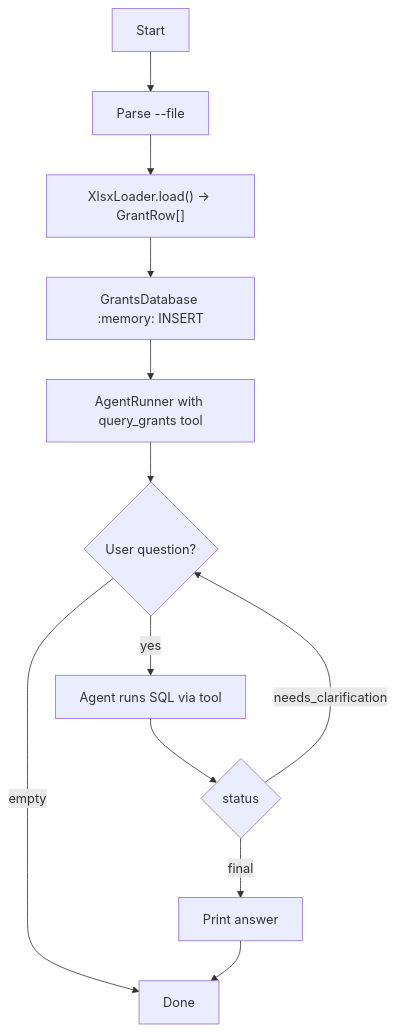
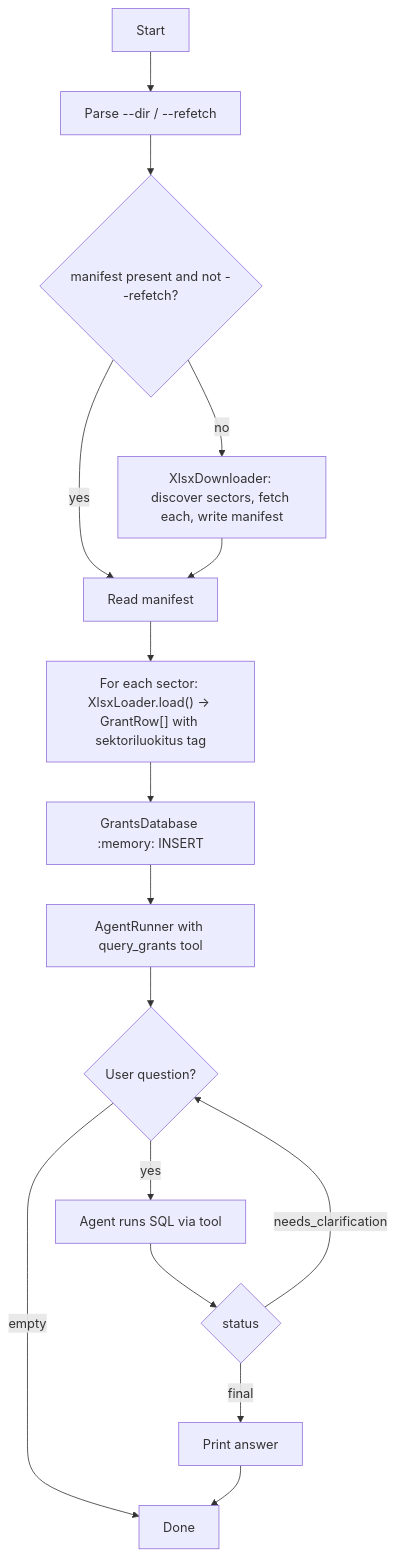
The diagram in src/cli/grants-explorer/README.md (valuecodes/cli-agent-sandbox), drawn with Mermaid before and after one commit. The commit also changed other lines of this file and 17 other files, not shown here.

Commit message:
feat: load every sektoriluokitus and emit combined grants.json

````diff
--- a/src/cli/grants-explorer/README.md
+++ b/src/cli/grants-explorer/README.md
@@ -57,14 +79,18 @@
 ```mermaid
 flowchart TD
-  A["Start"] --> B["Parse --file"]
-  B --> C["XlsxLoader.load() → GrantRow[]"]
-  C --> D["GrantsDatabase :memory: INSERT"]
-  D --> E["AgentRunner with query_grants tool"]
-  E --> F{"User question?"}
-  F -->|"yes"| G["Agent runs SQL via tool"]
-  G --> H{"status"}
-  H -->|"final"| I["Print answer"]
-  H -->|"needs_clarification"| F
-  F -->|"empty"| J["Done"]
-  I --> J
+  A["Start"] --> B["Parse --dir / --refetch"]
+  B --> C{"manifest present and not --refetch?"}
+  C -->|"no"| D["XlsxDownloader: discover sectors, fetch each, write manifest"]
+  C -->|"yes"| E["Read manifest"]
+  D --> E
+  E --> F["For each sector: XlsxLoader.load() → GrantRow[] with sektoriluokitus tag"]
+  F --> G["GrantsDatabase :memory: INSERT"]
+  G --> H["AgentRunner with query_grants tool"]
+  H --> I{"User question?"}
+  I -->|"yes"| J["Agent runs SQL via tool"]
+  J --> K{"status"}
+  K -->|"final"| L["Print answer"]
+  K -->|"needs_clarification"| I
+  I -->|"empty"| M["Done"]
+  L --> M
 ```
````
